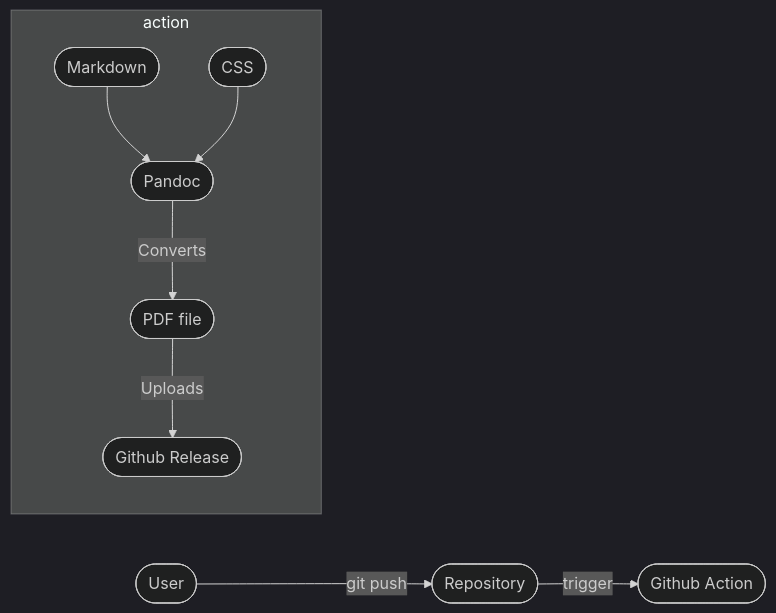
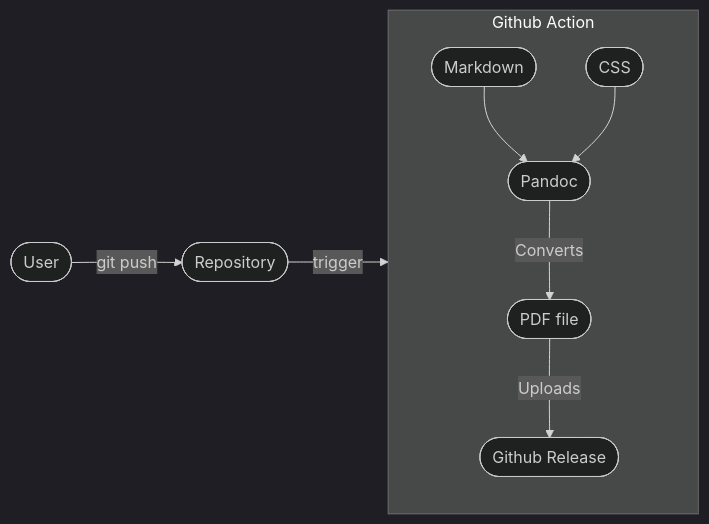
Before and after one commit to ShaharNaveh/ShaharNaveh.github.io: the first of 2 diagrams in content/blog/cicd-your-resume/index.md, drawn with Mermaid (dark theme).

````diff
--- a/content/blog/cicd-your-resume/index.md
+++ b/content/blog/cicd-your-resume/index.md
@@ -17,19 +17,19 @@
 ```mermaid
 flowchart LR
   user([User])
   repository([Repository])
   action([Github Action])
   pandoc([Pandoc])
   markdown([Markdown])
   css([CSS])
   pdf([PDF file])
   release([Github Release])
   user-- git push -->repository
   repository-- trigger -->action
-  subgraph Github Action [action]
+  subgraph action [Github Action]
     markdown-->pandoc
     css-->pandoc
     pandoc-- Converts -->pdf
-    pdf-- Uploads --> release
+    pdf-- Uploads -->release
   end
 ```
````
